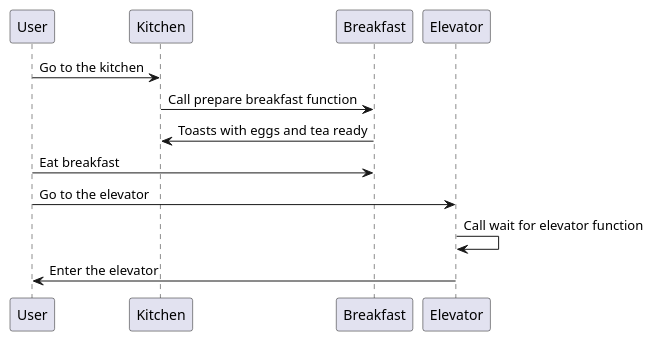
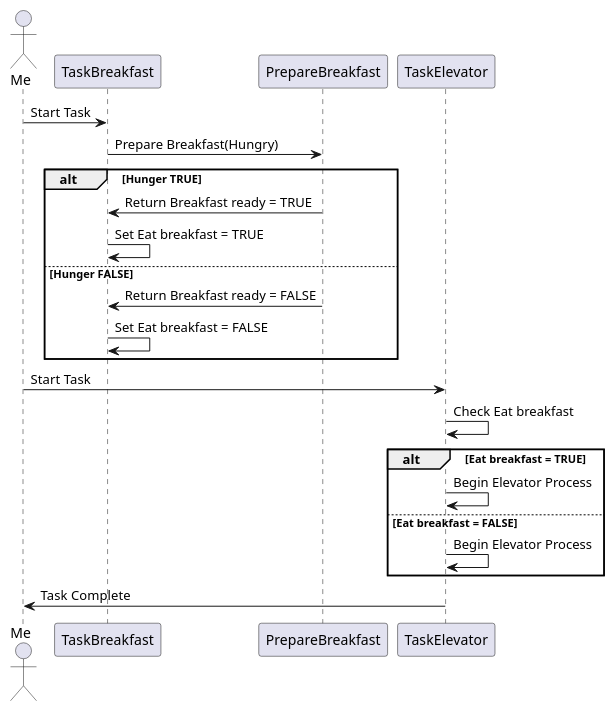
Before and after one commit to SebaPascal/Process-and-safety-assignment: the diagram in src/Sequence2.md, drawn with PlantUML.

Commit message:
I change my code of sequence 2

````diff
--- a/src/Sequence2.md
+++ b/src/Sequence2.md
@@ -6,18 +6,27 @@
 ```plantuml
-skinparam backgroundColor transparent
 @startuml
-participant User as U
-participant Kitchen
-participant Breakfast
-participant Elevator
+actor Me
+participant TaskBreakfast
+participant PrepareBreakfast as FunctionBreakfast
+participant TaskElevator
 
-U -> Kitchen : Go to the kitchen
-Kitchen -> Breakfast : Call prepare breakfast function
-Breakfast -> Kitchen : Toasts with eggs and tea ready
+Me -> TaskBreakfast : Start Task
+TaskBreakfast -> FunctionBreakfast : Prepare Breakfast(Hungry)
+alt Hunger TRUE
+    FunctionBreakfast -> TaskBreakfast : Return Breakfast ready = TRUE
+    TaskBreakfast -> TaskBreakfast : Set Eat breakfast = TRUE
+else Hunger FALSE
+    FunctionBreakfast -> TaskBreakfast : Return Breakfast ready = FALSE
+    TaskBreakfast -> TaskBreakfast : Set Eat breakfast = FALSE
+end
 
-U -> Breakfast : Eat breakfast
-U -> Elevator : Go to the elevator
-Elevator -> Elevator : Call wait for elevator function
-Elevator -> U : Enter the elevator
+Me -> TaskElevator : Start Task
+TaskElevator -> TaskElevator : Check Eat breakfast
+alt Eat breakfast = TRUE
+    TaskElevator -> TaskElevator : Begin Elevator Process
+else Eat breakfast = FALSE
+    TaskElevator -> TaskElevator : Begin Elevator Process
+end
+TaskElevator -> Me : Task Complete
 @enduml
 ```
````
